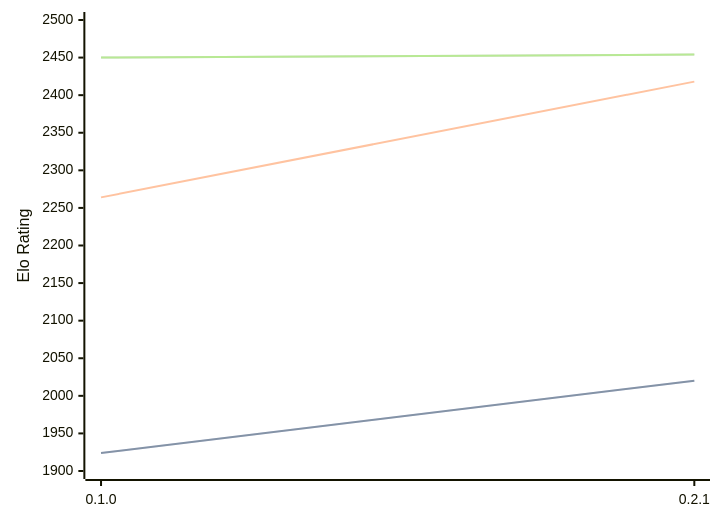
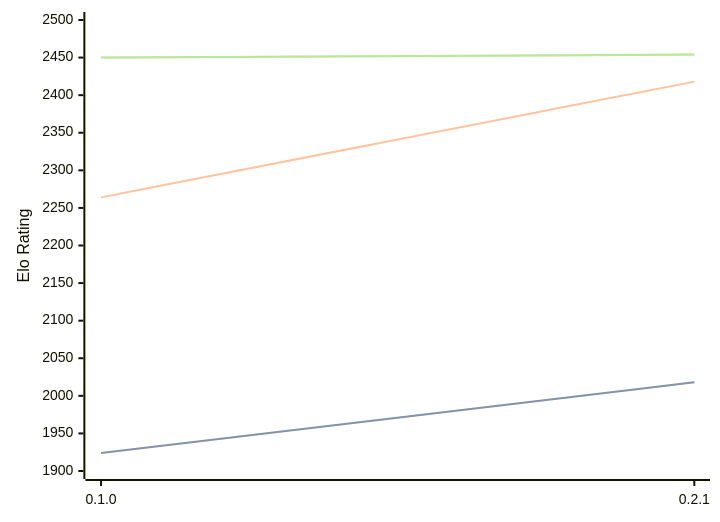
Before and after one commit to computer-chess-index/cci: the diagram in engines/Sykora.md, drawn with Mermaid. The commit also changed other lines of this file, not shown here.

Commit message:
Update CCI Ratings (ELO VLTC) - 2026-03-13

````diff
--- a/engines/Sykora.md
+++ b/engines/Sykora.md
@@ -30,11 +30,11 @@
 ```mermaid
 %%{init: {"theme":"base","themeVariables":{"seriesColors:['#a3a3a3','#222221','#faa371']}}}%%
 xychart-beta
   x-axis ["0.1.0", "0.2.1"]
   y-axis "Elo Rating" 1900 --> 2500
-  line "STC (8.0+0.08s)" [1924, 2020]
-  line "STC (8.0+0.08s)" [1924, 2020]
+  line "STC (8.0+0.08s)" [1924, 2018]
+  line "STC (8.0+0.08s)" [1924, 2018]
   line "LTC (60.0+0.60s)" [2264, 2418]
   line "VLTC (2m24s+1.12s)" [2450, 2454]
   line "VLTC (2m24s+1.12s)" [2450, 2454]
 ```
````
